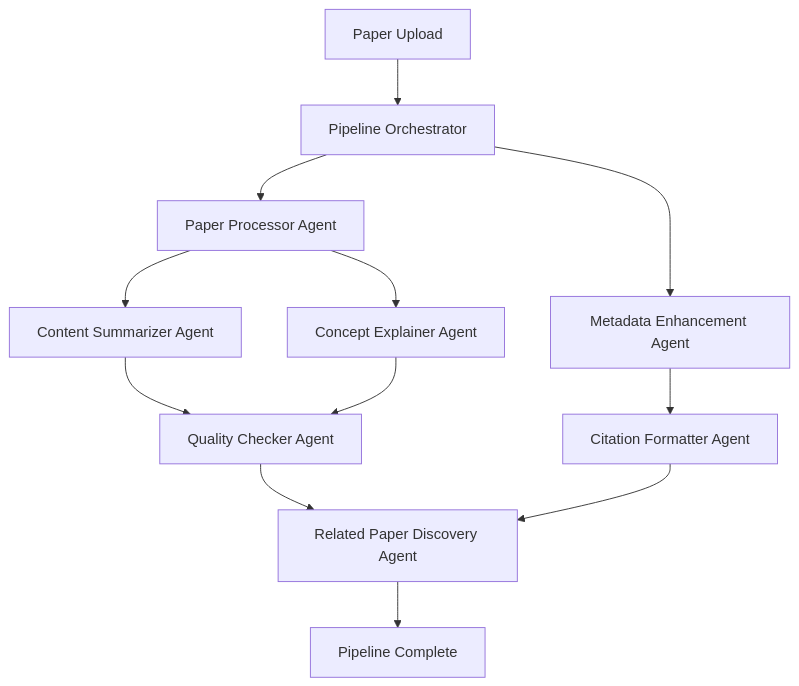
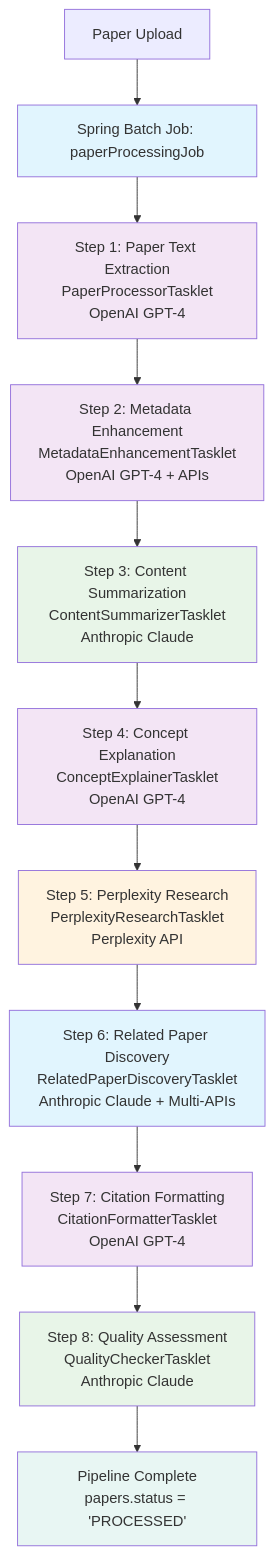
One commit to ToanPV90/answer42 changed the first of 2 diagrams in README.md. Above: the diagram before and after it, drawn with Mermaid. The commit also changed other lines of this file and 4 other files, not shown here.

First line of the commit message:
fix: Make userId mandatory for multi-agent pipeline integration

````diff
--- a/README.md
+++ b/README.md
@@ -200,14 +202,24 @@
 ```mermaid
 flowchart TD
-    A[Paper Upload] --> B[Pipeline Orchestrator]
-    B --> C[Paper Processor Agent]
-    B --> D[Metadata Enhancement Agent]
-    C --> E[Content Summarizer Agent]
-    C --> F[Concept Explainer Agent]
-    E --> G[Quality Checker Agent]
-    F --> G
-    D --> H[Citation Formatter Agent]
-    G --> I[Related Paper Discovery Agent]
-    H --> I
-    I --> J[Pipeline Complete]
+    A[Paper Upload] --> B[Spring Batch Job: paperProcessingJob]
+    B --> C[Step 1: Paper Text Extraction<br/>PaperProcessorTasklet<br/>OpenAI GPT-4]
+    C --> D[Step 2: Metadata Enhancement<br/>MetadataEnhancementTasklet<br/>OpenAI GPT-4 + APIs]
+    D --> E[Step 3: Content Summarization<br/>ContentSummarizerTasklet<br/>Anthropic Claude]
+    E --> F[Step 4: Concept Explanation<br/>ConceptExplainerTasklet<br/>OpenAI GPT-4]
+    F --> G[Step 5: Perplexity Research<br/>PerplexityResearchTasklet<br/>Perplexity API]
+    G --> H[Step 6: Related Paper Discovery<br/>RelatedPaperDiscoveryTasklet<br/>Anthropic Claude + Multi-APIs]
+    H --> I[Step 7: Citation Formatting<br/>CitationFormatterTasklet<br/>OpenAI GPT-4]
+    I --> J[Step 8: Quality Assessment<br/>QualityCheckerTasklet<br/>Anthropic Claude]
+    J --> K[Pipeline Complete<br/>papers.status = 'PROCESSED']
+
+    style B fill:#e1f5fe
+    style C fill:#f3e5f5
+    style D fill:#f3e5f5
+    style E fill:#e8f5e8
+    style F fill:#f3e5f5
+    style G fill:#fff3e0
+    style H fill:#e1f5fe
+    style I fill:#f3e5f5
+    style J fill:#e8f5e8
+    style K fill:#e8f6f3
 ```
````
